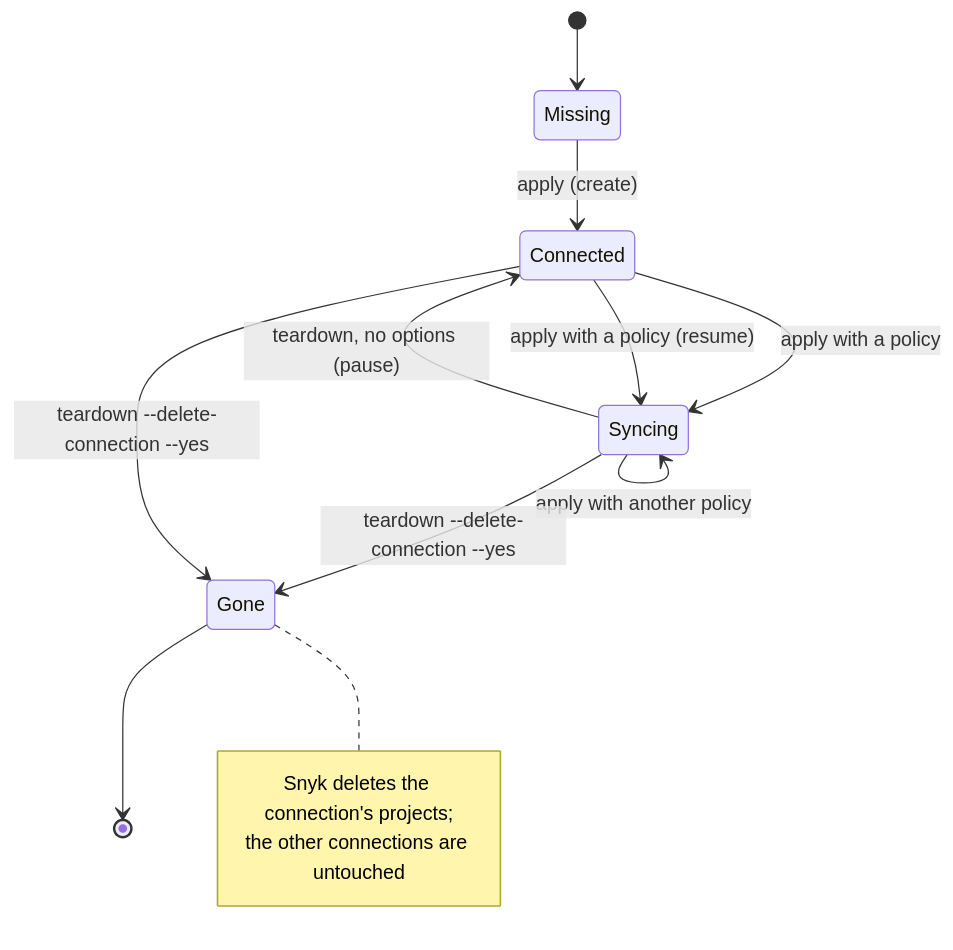
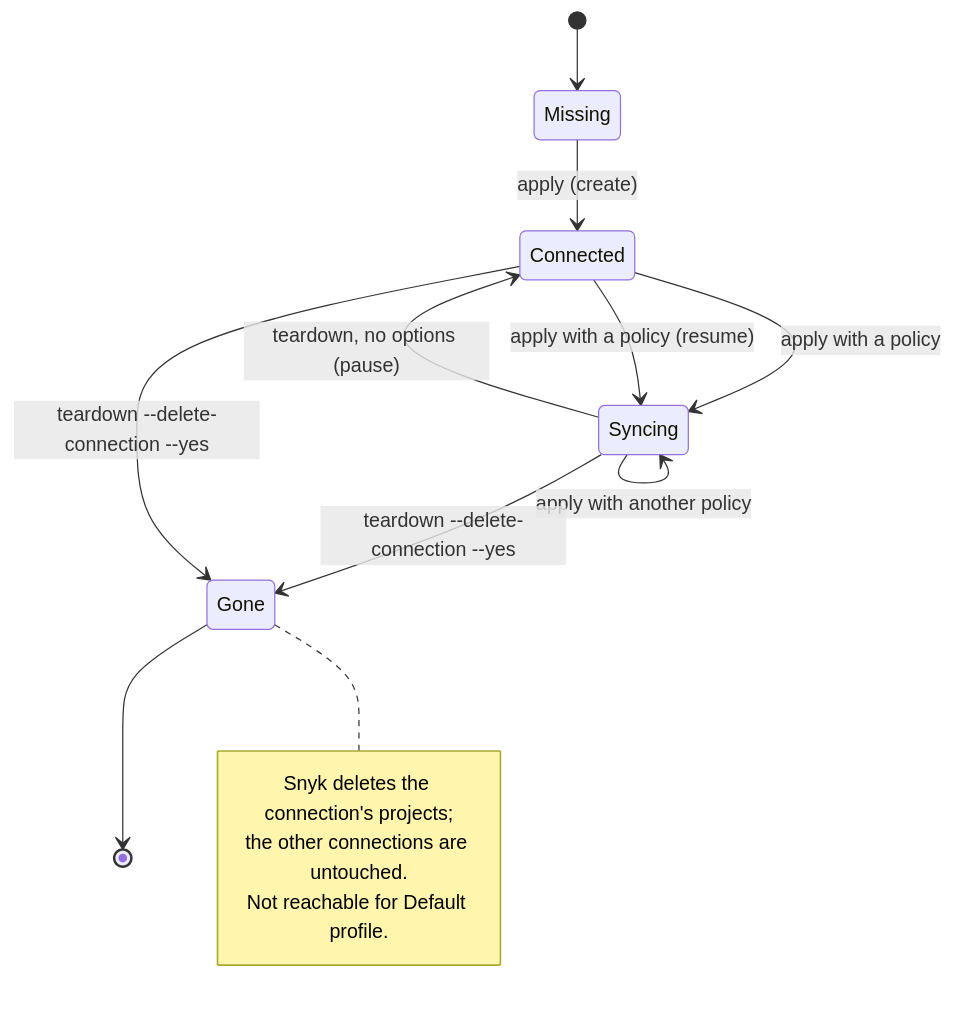
The second of 2 diagrams in specs/002-multi-ecr-connections/data-model.md (atirado-snyk/auto-ecr-onboarding), drawn with Mermaid before and after one commit. The commit also changed other lines of this file and 7 other files, not shown here.

````diff
--- a/specs/002-multi-ecr-connections/data-model.md
+++ b/specs/002-multi-ecr-connections/data-model.md
@@ -106,16 +131,17 @@
 ```mermaid
 stateDiagram-v2
     [*] --> Missing
     Missing --> Connected: apply (create)
     Connected --> Syncing: apply with a policy
     Syncing --> Syncing: apply with another policy
     Syncing --> Connected: teardown, no options (pause)
     Connected --> Syncing: apply with a policy (resume)
     Syncing --> Gone: teardown --delete-connection --yes
     Connected --> Gone: teardown --delete-connection --yes
     Gone --> [*]
     note right of Gone
         Snyk deletes the connection's projects;
-        the other connections are untouched
+        the other connections are untouched.
+        Not reachable for Default profile.
     end note
 ```
````
